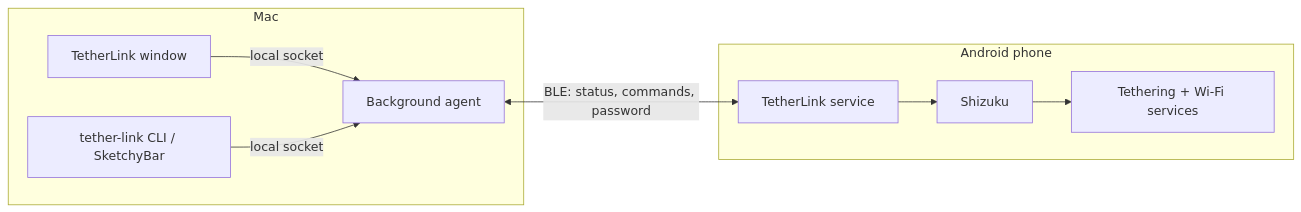
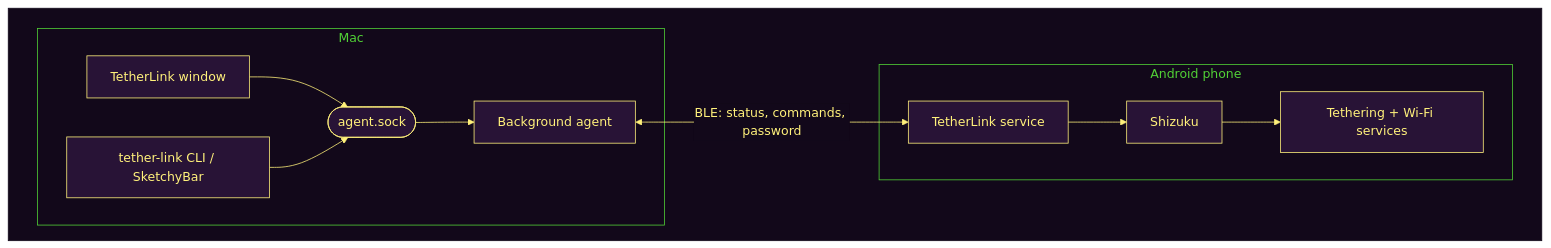
One commit to xav-ie/Tetherbug changed the second of 2 diagrams in README.md. Above: the diagram before and after it, drawn with Mermaid. The commit also changed other lines of this file, not shown here.

Commit message:
docs: theme the mermaid diagrams and show the one agent socket
Colours both diagrams with the xav.ie palette and draws the window and CLI sharing agent.sock.

````diff
--- a/README.md
+++ b/README.md
@@ -50,17 +53,24 @@
 ```mermaid
+%%{init: {'theme': 'base', 'themeVariables': {'fontFamily': 'Helvetica, Arial, sans-serif', 'primaryColor': '#281336', 'primaryTextColor': '#fff17b', 'primaryBorderColor': '#fff17b', 'lineColor': '#fff17b', 'textColor': '#fff17b', 'clusterBkg': '#12081a', 'clusterBorder': '#51d136', 'titleColor': '#51d136', 'edgeLabelBackground': '#12081a', 'actorBkg': '#281336', 'actorBorder': '#fff17b', 'actorTextColor': '#fff17b', 'actorLineColor': '#fff17b', 'signalColor': '#fff17b', 'signalTextColor': '#fff17b', 'noteBkgColor': '#281336', 'noteTextColor': '#51d136', 'noteBorderColor': '#51d136'}}}%%
 flowchart LR
-    subgraph mac [Mac]
-        window[TetherLink window]
-        cli[tether-link CLI / SketchyBar]
-        agent[Background agent]
-        window -- local socket --> agent
-        cli -- local socket --> agent
+    subgraph frame [" "]
+        direction LR
+        subgraph mac [Mac]
+            window[TetherLink window]
+            cli[tether-link CLI / SketchyBar]
+            agent[Background agent]
+            sock([agent.sock])
+            window --> sock
+            cli --> sock
+            sock --> agent
+        end
+        subgraph phone [Android phone]
+            service[TetherLink service]
+            shizuku[Shizuku]
+            tethering[Tethering + Wi-Fi services]
+            service --> shizuku --> tethering
+        end
+        agent <-- "BLE: status, commands, password" --> service
     end
-    subgraph phone [Android phone]
-        service[TetherLink service]
-        shizuku[Shizuku]
-        tethering[Tethering + Wi-Fi services]
-        service --> shizuku --> tethering
-    end
-    agent <-- "BLE: status, commands, password" --> service
+    style frame fill:#12081a,stroke:#12081a
 ```
````
